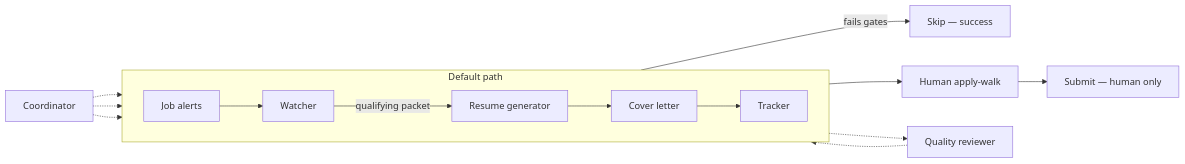
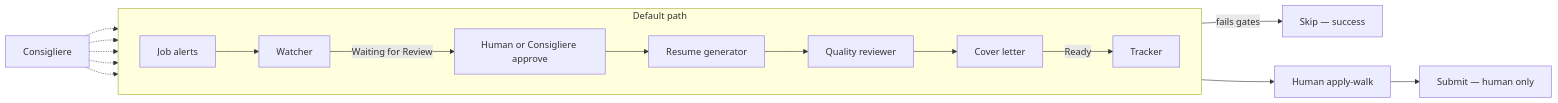
One commit to peytdere/agentic-job-search changed the first of 3 diagrams in README.md. Above: the diagram before and after it, drawn with Mermaid. The commit also changed other lines of this file, not shown here.

Commit message:
Align architecture to Consigliere and Waiting for Review harvest

````diff
--- a/README.md
+++ b/README.md
@@ -117,23 +114,24 @@
 ```mermaid
 flowchart LR
-  coord[Coordinator]
+  cons[Consigliere]
 
   subgraph defaultPath [Default path]
     direction LR
     alerts[Job alerts] --> watcher[Watcher]
-    watcher -->|qualifying packet| gen[Resume generator]
-    gen --> letter[Cover letter]
-    letter --> tracker[Tracker]
+    watcher -->|Waiting for Review| approve[Human or Consigliere approve]
+    approve --> gen[Resume generator]
+    gen --> qr[Quality reviewer]
+    qr --> letter[Cover letter]
+    letter -->|Ready| tracker[Tracker]
   end
 
-  coord -.-> watcher
-  coord -.-> gen
-  coord -.-> letter
+  cons -.-> watcher
+  cons -.-> approve
+  cons -.-> gen
+  cons -.-> qr
+  cons -.-> letter
 
   watcher -->|fails gates| skip[Skip — success]
   tracker --> walk[Human apply-walk]
   walk --> submit[Submit — human only]
-
-  letter -.-> qr[Quality reviewer]
-  qr -.-> tracker
 ```
````
